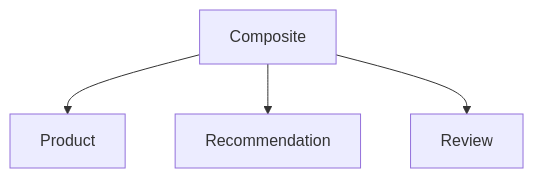
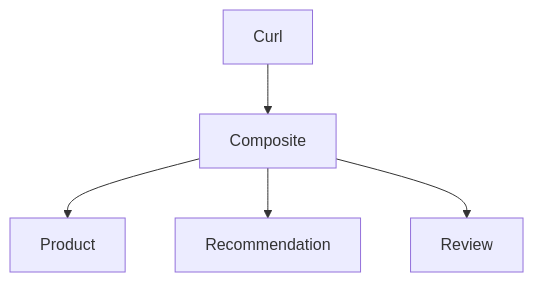
The diagram in README.md (magnus-larsson/sb4labs), drawn with Mermaid before and after one commit. The commit also changed other lines of this file and 3 other files, not shown here.

````diff
--- a/README.md
+++ b/README.md
@@ -3,6 +3,7 @@
 ```mermaid
 graph TD;
+    Curl-->Composite;
     Composite-->Product;
     Composite-->Recommendation;
     Composite-->Review;
 ```
````
